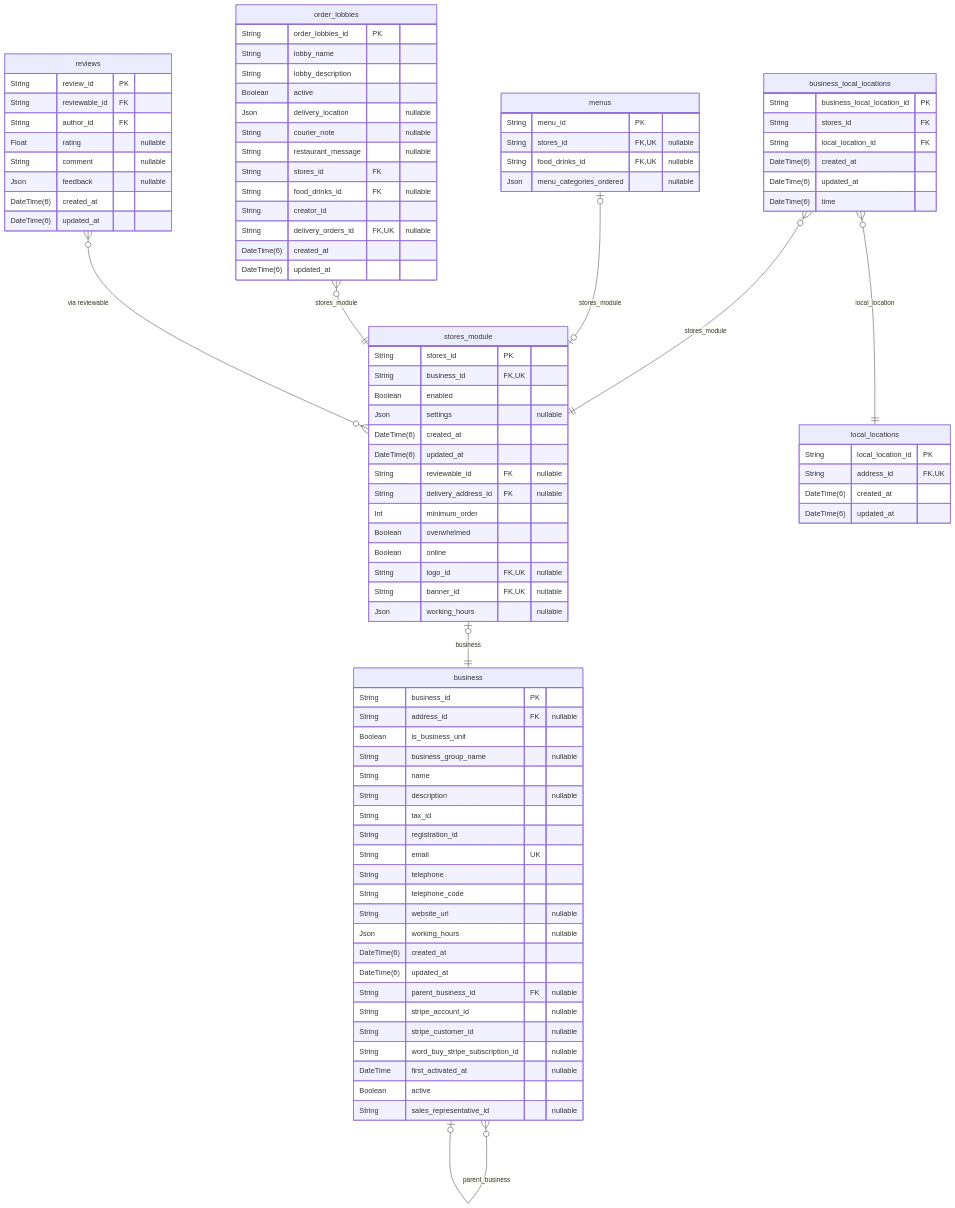
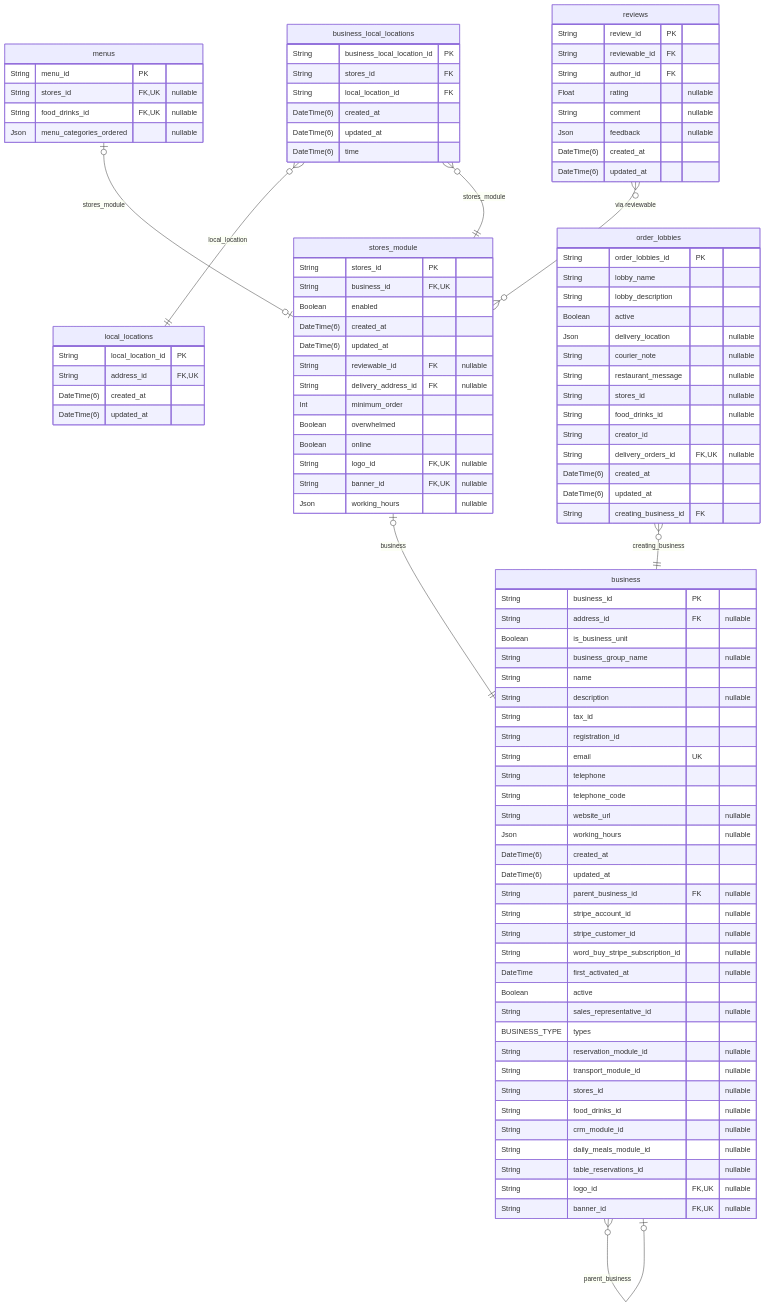
One commit to pbozic/be-analyisis changed diagram 22 of 40 in prisma/schemas/ERD.md. Above: the diagram before and after it, drawn with Mermaid. The commit also changed other lines of this file and 21 other files, not shown here.

````diff
--- a/prisma/schemas/ERD.md
+++ b/prisma/schemas/ERD.md
@@ -3652,7 +3711,6 @@
   String stores_id PK
   String business_id FK,UK
   Boolean enabled
-  Json settings "nullable"
   DateTime(6) created_at
   DateTime(6) updated_at
   String reviewable_id FK "nullable"
@@ -3711,6 +3769,16 @@
   DateTime first_activated_at "nullable"
   Boolean active
   String sales_representative_id "nullable"
+  BUSINESS_TYPE types
+  String reservation_module_id "nullable"
+  String transport_module_id "nullable"
+  String stores_id "nullable"
+  String food_drinks_id "nullable"
+  String crm_module_id "nullable"
+  String daily_meals_module_id "nullable"
+  String table_reservations_id "nullable"
+  String logo_id FK,UK "nullable"
+  String banner_id FK,UK "nullable"
 }
 "menus" {
   String menu_id PK
@@ -3726,18 +3794,19 @@
   Json delivery_location "nullable"
   String courier_note "nullable"
   String restaurant_message "nullable"
-  String stores_id FK
-  String food_drinks_id FK "nullable"
+  String stores_id "nullable"
+  String food_drinks_id "nullable"
   String creator_id
   String delivery_orders_id FK,UK "nullable"
   DateTime(6) created_at
   DateTime(6) updated_at
+  String creating_business_id FK
 }
 "stores_module" |o--|| "business" : business
 "business_local_locations" }o--|| "local_locations" : local_location
 "business_local_locations" }o--|| "stores_module" : stores_module
 "business" }o--o| "business" : parent_business
 "menus" |o--o| "stores_module" : stores_module
-"order_lobbies" }o--|| "stores_module" : stores_module
+"order_lobbies" }o--|| "business" : creating_business
 "reviews" }o--o{ "stores_module" : "via reviewable"
 ```
````
